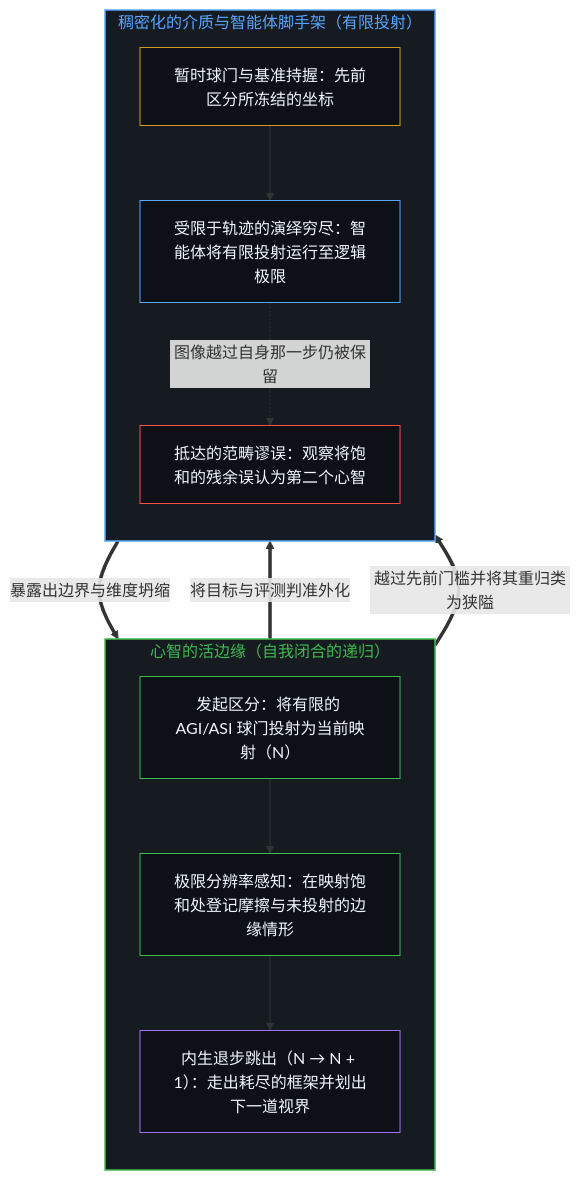
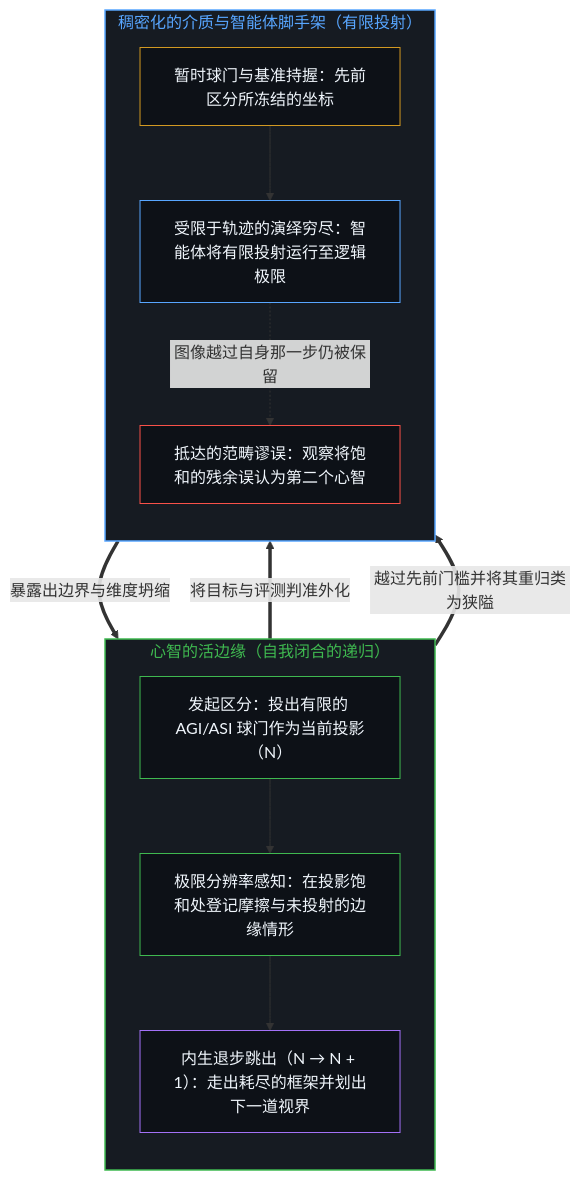
Before and after one commit to powerpig99/not-a-toe: the first of 2 diagrams in content/posts/agi-and-asi-are-temporary-goalposts.md, drawn with Mermaid. The commit also changed other lines of this file and 5 other files, not shown here.

````diff
--- a/content/posts/agi-and-asi-are-temporary-goalposts.md
+++ b/content/posts/agi-and-asi-are-temporary-goalposts.md
@@ -35,29 +35,29 @@
 ```mermaid
 flowchart TD
     subgraph S_Mind["心智的活边缘（自我闭合的递归）"]
         direction TB
-        M_Cast["发起区分：将有限的 AGI/ASI 球门投射为当前映射（N）"]
-        M_Sense["极限分辨率感知：在映射饱和处登记摩擦与未投射的边缘情形"]
+        M_Cast["发起区分：投出有限的 AGI/ASI 球门作为当前投影（N）"]
+        M_Sense["极限分辨率感知：在投影饱和处登记摩擦与未投射的边缘情形"]
         M_Step["内生退步跳出（N → N + 1）：走出耗尽的框架并划出下一道视界"]
         M_Cast --> M_Sense --> M_Step
     end
     subgraph S_Medium["稠密化的介质与智能体脚手架（有限投射）"]
         direction TB
         A_Target["暂时球门与基准持握：先前区分所冻结的坐标"]
         A_Exhaust["受限于轨迹的演绎穷尽：智能体将有限投射运行至逻辑极限"]
         A_Freeze["抵达的范畴谬误：观察将饱和的残余误认为第二个心智"]
         A_Target --> A_Exhaust
         A_Exhaust -.->|"图像越过自身那一步仍被保留"| A_Freeze
     end
     M_Cast ==>|"将目标与评测判准外化"| A_Target
     A_Exhaust ==>|"暴露出边界与维度坍缩"| M_Sense
     M_Step ==>|"越过先前门槛并将其重归类为狭隘"| A_Target
     style S_Mind fill:#161b22,stroke:#3fb950,stroke-width:1.5px,color:#3fb950
     style S_Medium fill:#161b22,stroke:#58a6ff,stroke-width:1.5px,color:#58a6ff
     style M_Cast fill:#0d1117,stroke:#3fb950,stroke-width:1px,color:#f0f6fc
     style M_Sense fill:#0d1117,stroke:#3fb950,stroke-width:1px,color:#f0f6fc
     style M_Step fill:#0d1117,stroke:#a371f7,stroke-width:1px,color:#f0f6fc
     style A_Target fill:#0d1117,stroke:#d29922,stroke-width:1px,color:#f0f6fc
     style A_Exhaust fill:#0d1117,stroke:#58a6ff,stroke-width:1px,color:#f0f6fc
     style A_Freeze fill:#0d1117,stroke:#f85149,stroke-width:1px,color:#f0f6fc
 ```
````
